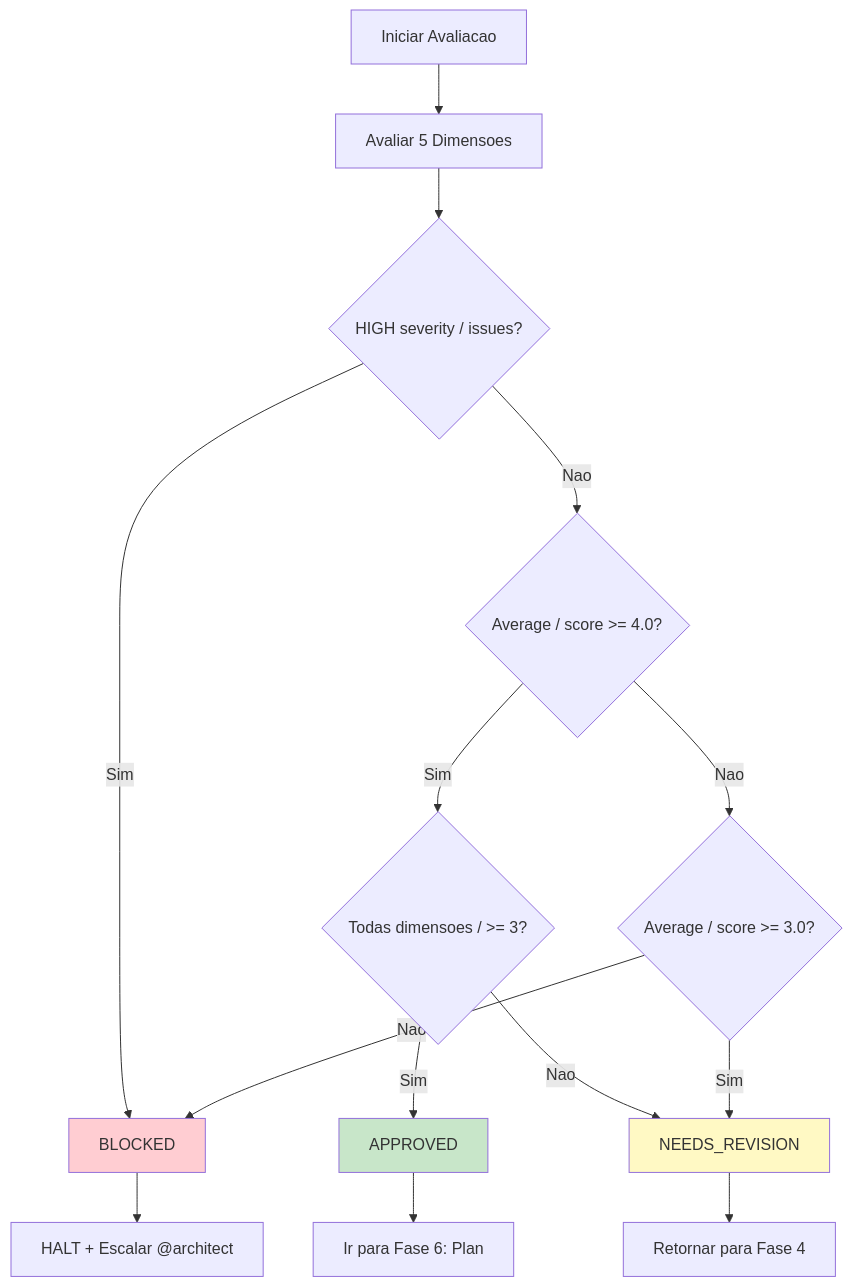
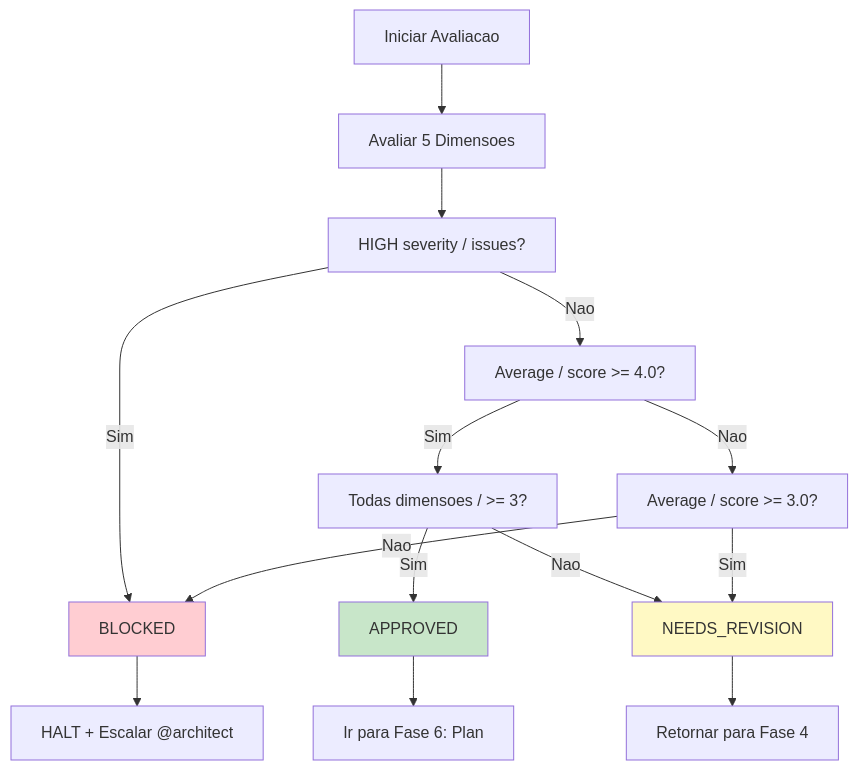
The ninth of 17 diagrams in content/en/docs/guides/workflows/SPEC-PIPELINE-WORKFLOW.mdx (bychrisr/aios-docs), drawn with Mermaid before and after one commit. The commit also changed other lines of this file and 40 other files, not shown here.

````diff
--- a/content/en/docs/guides/workflows/SPEC-PIPELINE-WORKFLOW.mdx
+++ b/content/en/docs/guides/workflows/SPEC-PIPELINE-WORKFLOW.mdx
@@ -573,24 +573,24 @@
 ```mermaid
 flowchart TB
     START["Iniciar Avaliacao"] --> EVAL["Avaliar 5 Dimensoes"]
 
-    EVAL --> CHECK1{"HIGH severity / issues?"}
+    EVAL --> CHECK1["HIGH severity / issues?"]
     CHECK1 -->|Sim| BLOCKED["BLOCKED"]
-    CHECK1 -->|Nao| CHECK2{"Average / score >= 4.0?"}
+    CHECK1 -->|Nao| CHECK2["Average / score >= 4.0?"]
 
-    CHECK2 -->|Sim| CHECK3{"Todas dimensoes / >= 3?"}
+    CHECK2 -->|Sim| CHECK3["Todas dimensoes / >= 3?"]
     CHECK3 -->|Sim| APPROVED["APPROVED"]
     CHECK3 -->|Nao| NEEDS["NEEDS_REVISION"]
 
-    CHECK2 -->|Nao| CHECK4{"Average / score >= 3.0?"}
+    CHECK2 -->|Nao| CHECK4["Average / score >= 3.0?"]
     CHECK4 -->|Sim| NEEDS
     CHECK4 -->|Nao| BLOCKED
 
     APPROVED --> PLAN["Ir para Fase 6: Plan"]
     NEEDS --> REVISE["Retornar para Fase 4"]
     BLOCKED --> HALT["HALT + Escalar @architect"]
 
     style APPROVED fill:#c8e6c9
     style NEEDS fill:#fff9c4
     style BLOCKED fill:#ffcdd2
 ```
````
